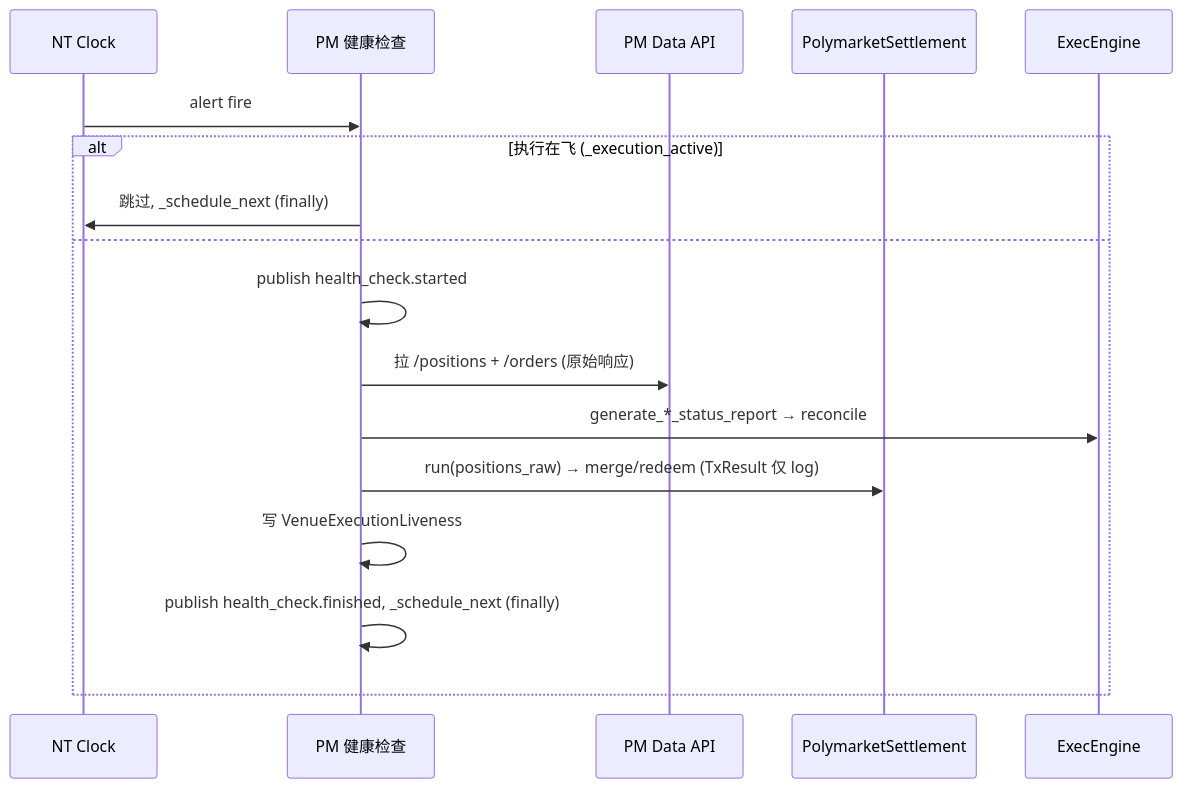
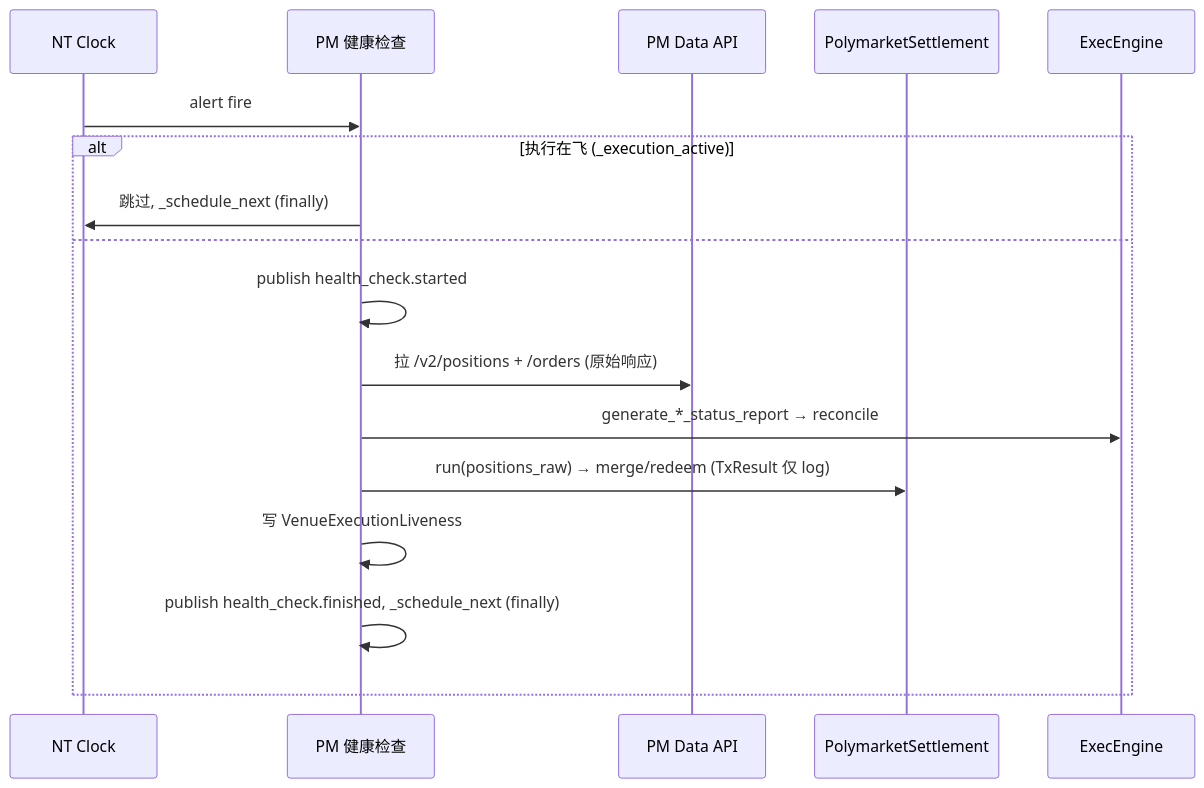
Before and after one commit to psnewer/nautilus_trader: the fifth of 5 diagrams in docs/arbitrage/architectures/execution/architecture.md, drawn with Mermaid. The commit also changed other lines of this file and 9 other files, not shown here.

````diff
--- a/docs/arbitrage/architectures/execution/architecture.md
+++ b/docs/arbitrage/architectures/execution/architecture.md
@@ -901,19 +901,19 @@
 ```mermaid
 sequenceDiagram
   participant CK as NT Clock
   participant HC as PM 健康检查
   participant API as PM Data API
   participant SE as PolymarketSettlement
   participant EE as ExecEngine
   CK->>HC: alert fire
   alt 执行在飞 (_execution_active)
     HC->>CK: 跳过, _schedule_next (finally)
   else
     HC->>HC: publish health_check.started
-    HC->>API: 拉 /positions + /orders (原始响应)
+    HC->>API: 拉 /v2/positions + /orders (原始响应)
     HC->>EE: generate_*_status_report → reconcile
     HC->>SE: run(positions_raw) → merge/redeem (TxResult 仅 log)
     HC->>HC: 写 VenueExecutionLiveness
     HC->>HC: publish health_check.finished, _schedule_next (finally)
   end
 ```
````
